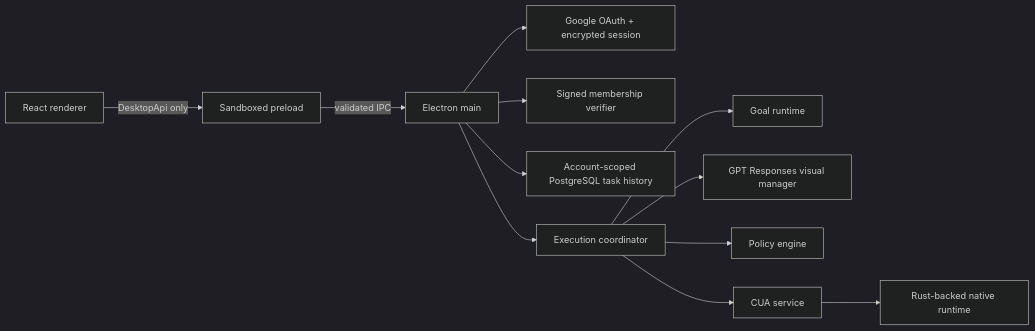
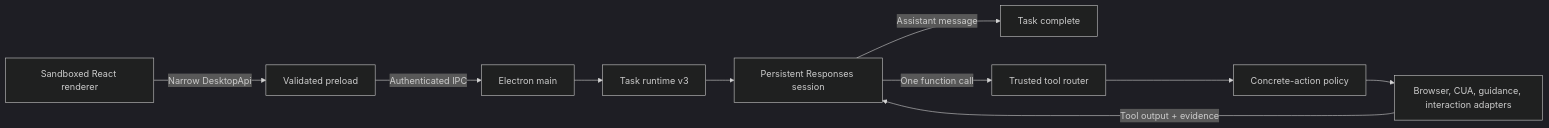
Before and after one commit to ducnguyen67201/TroCode: the diagram in docs/architecture.md, drawn with Mermaid (dark theme). The commit also changed other lines of this file and 81 other files, not shown here.

````diff
--- a/docs/architecture.md
+++ b/docs/architecture.md
@@ -13,14 +10,12 @@
 ```mermaid
 flowchart LR
-    UI["React renderer"] -->|"DesktopApi only"| PRELOAD["Sandboxed preload"]
-    PRELOAD -->|"validated IPC"| MAIN["Electron main"]
-    MAIN --> AUTH["Google OAuth + encrypted session"]
-    MAIN --> MEMBERSHIP["Signed membership verifier"]
-    MAIN --> HISTORY["Account-scoped PostgreSQL task history"]
-    MAIN --> COORD["Execution coordinator"]
-    COORD --> GOAL["Goal runtime"]
-    COORD --> RT["GPT Responses visual manager"]
-    COORD --> POLICY["Policy engine"]
-    COORD --> CUA["CUA service"]
-    CUA --> NATIVE["Rust-backed native runtime"]
+    UI["Sandboxed React renderer"] -->|"Narrow DesktopApi"| PRELOAD["Validated preload"]
+    PRELOAD -->|"Authenticated IPC"| MAIN["Electron main"]
+    MAIN --> RUNTIME["Task runtime v3"]
+    RUNTIME --> AGENT["Persistent Responses session"]
+    AGENT -->|"Assistant message"| DONE["Task complete"]
+    AGENT -->|"One function call"| ROUTER["Trusted tool router"]
+    ROUTER --> POLICY["Concrete-action policy"]
+    POLICY --> ADAPTERS["Browser, CUA, guidance, interaction adapters"]
+    ADAPTERS -->|"Tool output + evidence"| AGENT
 ```
````
